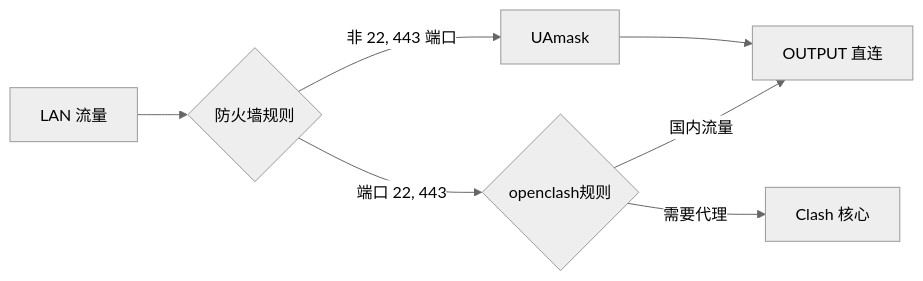
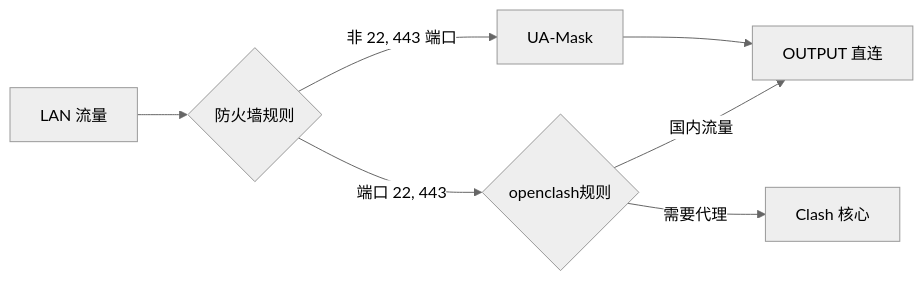
Before and after one commit to Zesuy/UA-Mask: the third of 3 diagrams in README.md, drawn with Mermaid (neutral theme). The commit also changed other lines of this file and 1 other file, not shown here.

````diff
--- a/README.md
+++ b/README.md
@@ -81,11 +76,11 @@
 ```mermaid
 graph LR
     A[LAN 流量] --> B{防火墙规则}
     B -->|端口 22, 443| C{openclash规则}
-    B -->|非 22, 443 端口| D[UAmask]
+    B -->|非 22, 443 端口| D[UA-Mask]
     
     C -->|国内流量| E[OUTPUT 直连]
     C -->|需要代理| F[Clash 核心]
     
     D --> E[OUTPUT 直连]
 ```
````
